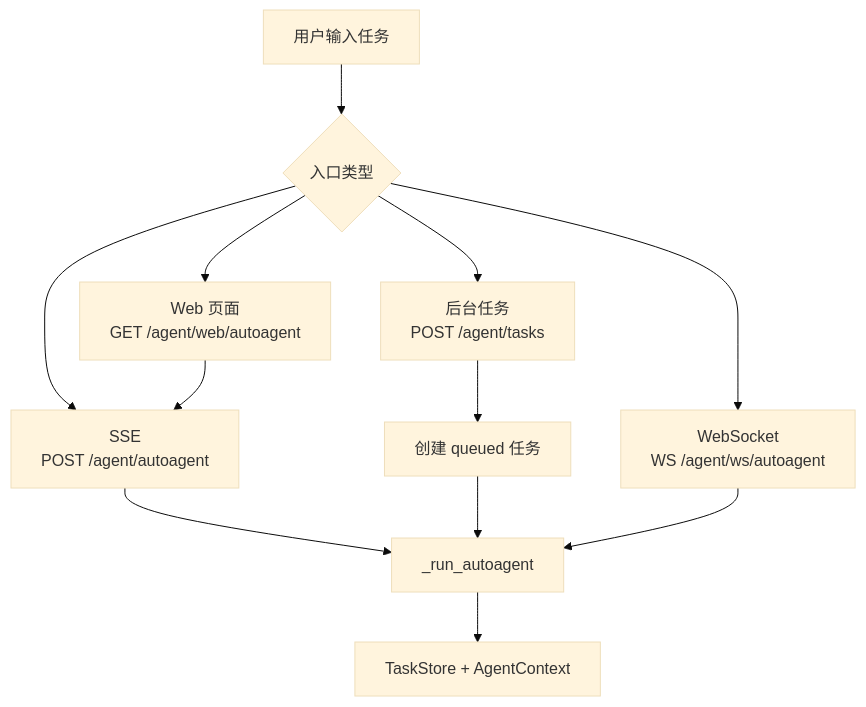
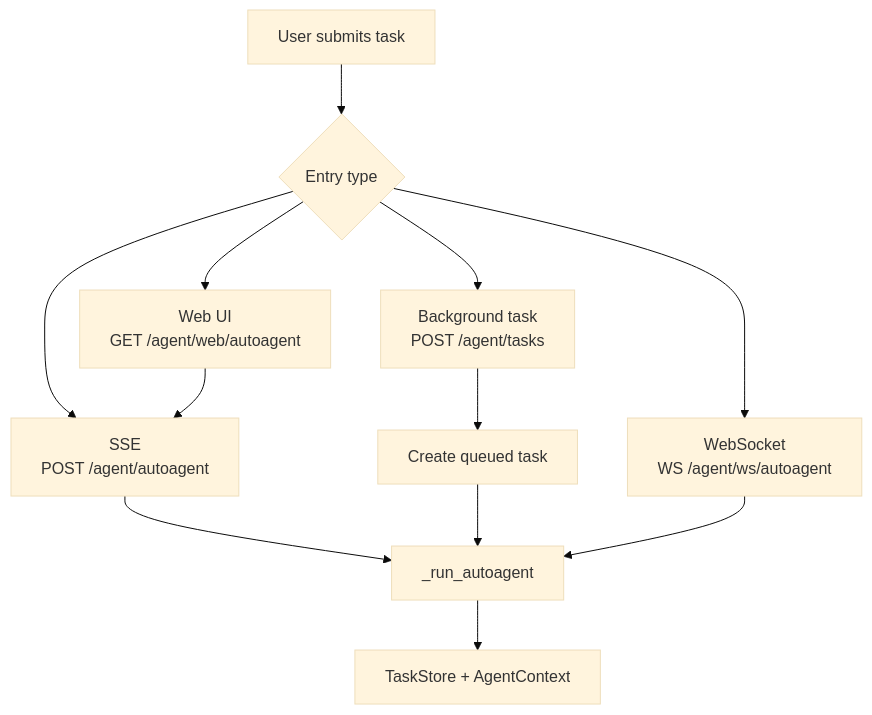
One commit to youkuxiaobin/task-pilot-agent changed the second of 18 diagrams in README.md. Above: the diagram before and after it, drawn with Mermaid (base theme). The commit also changed other lines of this file and 1 other file, not shown here.

````diff
--- a/README.md
+++ b/README.md
@@ -54,14 +71,14 @@
 ```mermaid
 flowchart TD
-  A["用户输入任务"] --> B{"入口类型"}
-  B --> C["Web 页面<br/>GET /agent/web/autoagent"]
+  A["User submits task"] --> B{"Entry type"}
+  B --> C["Web UI<br/>GET /agent/web/autoagent"]
   B --> D["SSE<br/>POST /agent/autoagent"]
-  B --> E["后台任务<br/>POST /agent/tasks"]
+  B --> E["Background task<br/>POST /agent/tasks"]
   B --> F["WebSocket<br/>WS /agent/ws/autoagent"]
   C --> D
   D --> G["_run_autoagent"]
-  E --> H["创建 queued 任务"]
+  E --> H["Create queued task"]
   H --> G
   F --> G
   G --> I["TaskStore + AgentContext"]
 ```
````
